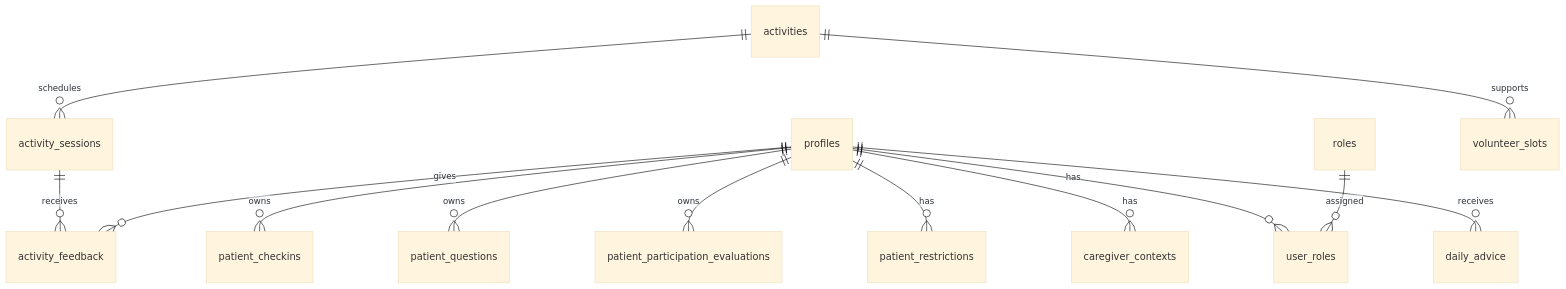
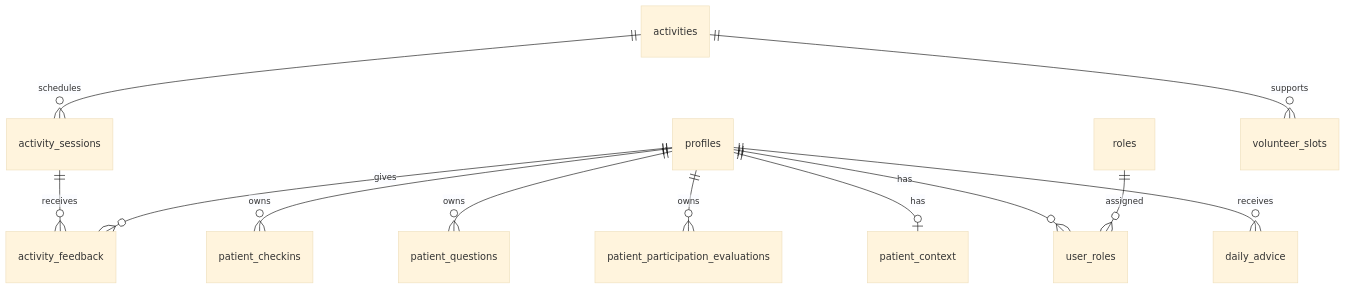
The diagram in docs/domain-model.md (MorikuMarieke/opname-buddy), drawn with Mermaid (base theme) before and after one commit. The commit also changed other lines of this file and 51 other files, not shown here.

Commit message:
fix: restrict caregiver patient list and document future patient model refactor

````diff
--- a/docs/domain-model.md
+++ b/docs/domain-model.md
@@ -426,15 +406,14 @@
 ```mermaid
 erDiagram
   profiles ||--o{ patient_checkins : owns
   profiles ||--o{ patient_questions : owns
   profiles ||--o{ patient_participation_evaluations : owns
-  profiles ||--o{ patient_restrictions : has
-  profiles ||--o{ caregiver_contexts : has
+  profiles ||--o| patient_context : has
   profiles ||--o{ user_roles : has
   roles ||--o{ user_roles : assigned
   activities ||--o{ activity_sessions : schedules
   activities ||--o{ volunteer_slots : supports
   activity_sessions ||--o{ activity_feedback : receives
   profiles ||--o{ activity_feedback : gives
   profiles ||--o{ daily_advice : receives
 ```
````
